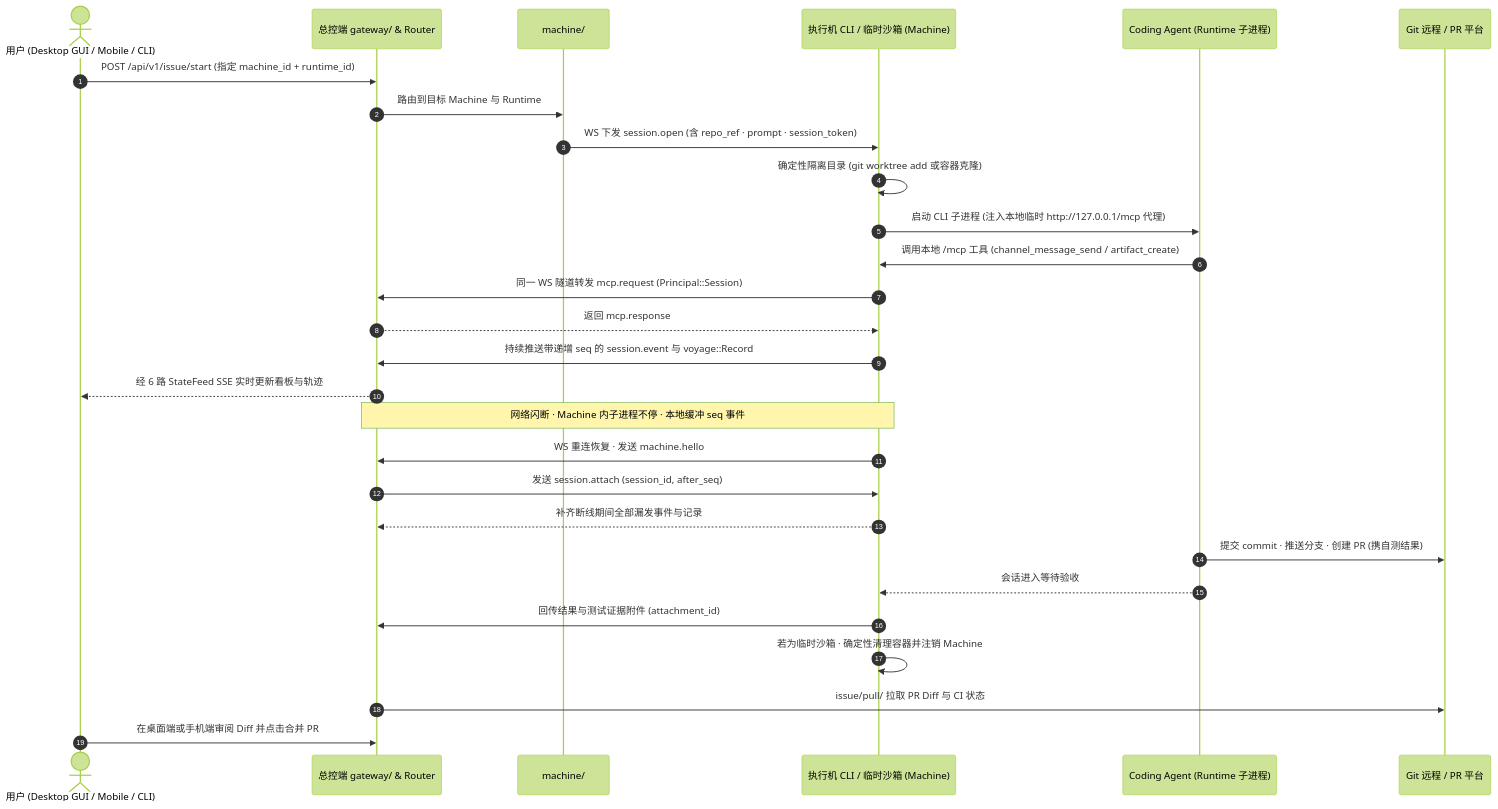
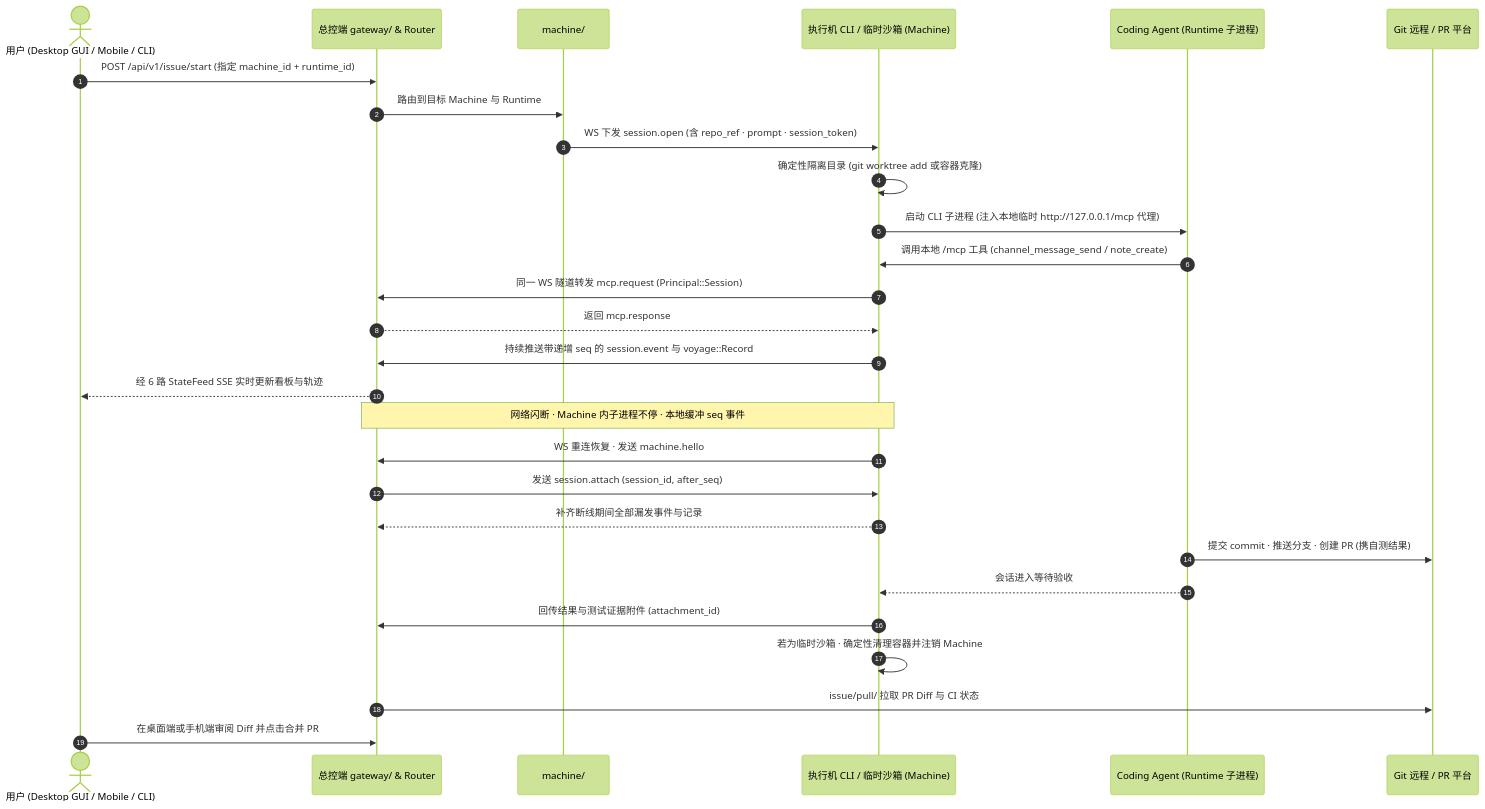
The fourth of 5 diagrams in docs/architecture-topology.md (vibevalleyhq/vibevalley), drawn with Mermaid (forest theme) before and after one commit. The commit also changed other lines of this file and 1132 other files, not shown here.

````diff
--- a/docs/architecture-topology.md
+++ b/docs/architecture-topology.md
@@ -289,33 +289,33 @@
 ```mermaid
 sequenceDiagram
   autonumber
   actor User as 用户 (Desktop GUI / Mobile / CLI)
   participant Gate as 总控端 gateway/ & Router
   participant Reg as machine/
   participant Mach as 执行机 CLI / 临时沙箱 (Machine)
   participant Agent as Coding Agent (Runtime 子进程)
   participant Git as Git 远程 / PR 平台
 
   User->>Gate: POST /api/v1/issue/start (指定 machine_id + runtime_id)
   Gate->>Reg: 路由到目标 Machine 与 Runtime
   Reg->>Mach: WS 下发 session.open (含 repo_ref · prompt · session_token)
   Mach->>Mach: 确定性隔离目录 (git worktree add 或容器克隆)
   Mach->>Agent: 启动 CLI 子进程 (注入本地临时 http://127.0.0.1/mcp 代理)
-  Agent->>Mach: 调用本地 /mcp 工具 (channel_message_send / artifact_create)
+  Agent->>Mach: 调用本地 /mcp 工具 (channel_message_send / note_create)
   Mach->>Gate: 同一 WS 隧道转发 mcp.request (Principal::Session)
   Gate-->>Mach: 返回 mcp.response
   Mach->>Gate: 持续推送带递增 seq 的 session.event 与 voyage::Record
   Gate-->>User: 经 6 路 StateFeed SSE 实时更新看板与轨迹
 
   Note over Gate,Mach: 网络闪断 · Machine 内子进程不停 · 本地缓冲 seq 事件
   Mach->>Gate: WS 重连恢复 · 发送 machine.hello
   Gate->>Mach: 发送 session.attach (session_id, after_seq)
   Mach-->>Gate: 补齐断线期间全部漏发事件与记录
 
   Agent->>Git: 提交 commit · 推送分支 · 创建 PR (携自测结果)
   Agent-->>Mach: 会话进入等待验收
   Mach->>Gate: 回传结果与测试证据附件 (attachment_id)
   Mach->>Mach: 若为临时沙箱 · 确定性清理容器并注销 Machine
   Gate->>Git: issue/pull/ 拉取 PR Diff 与 CI 状态
   User->>Gate: 在桌面端或手机端审阅 Diff 并点击合并 PR
 ```
````
